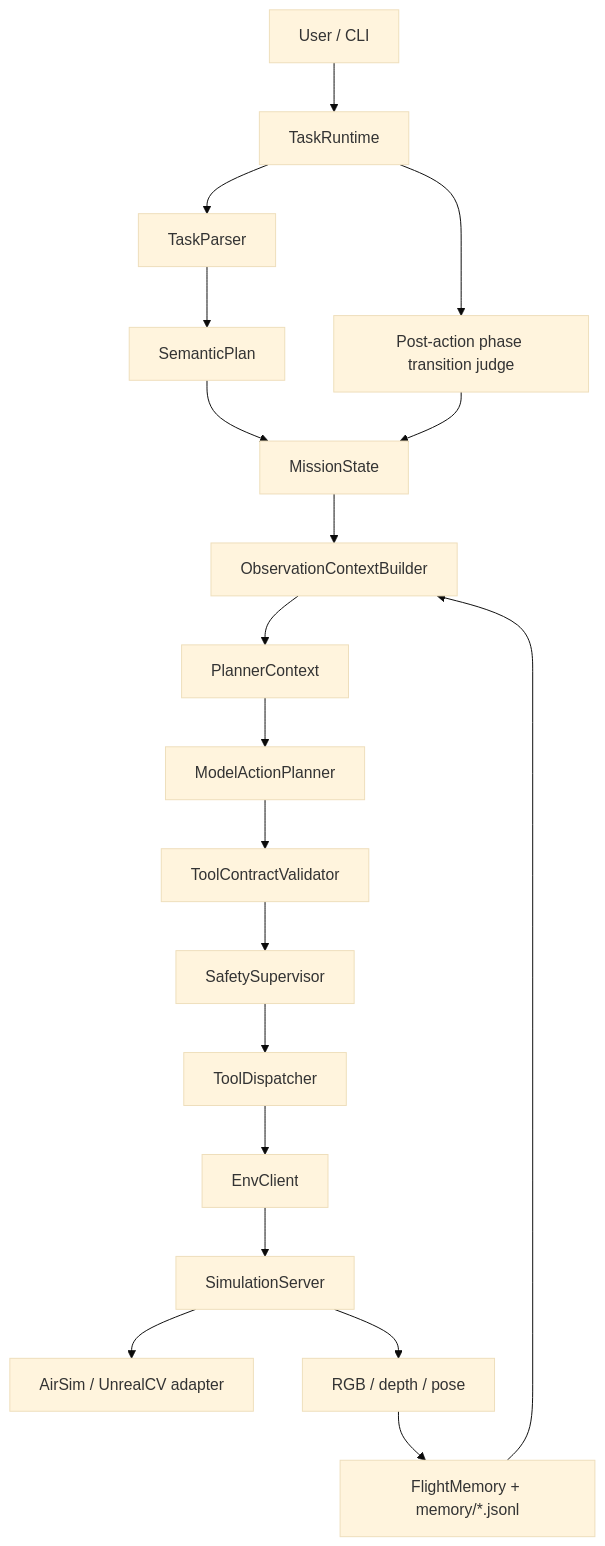
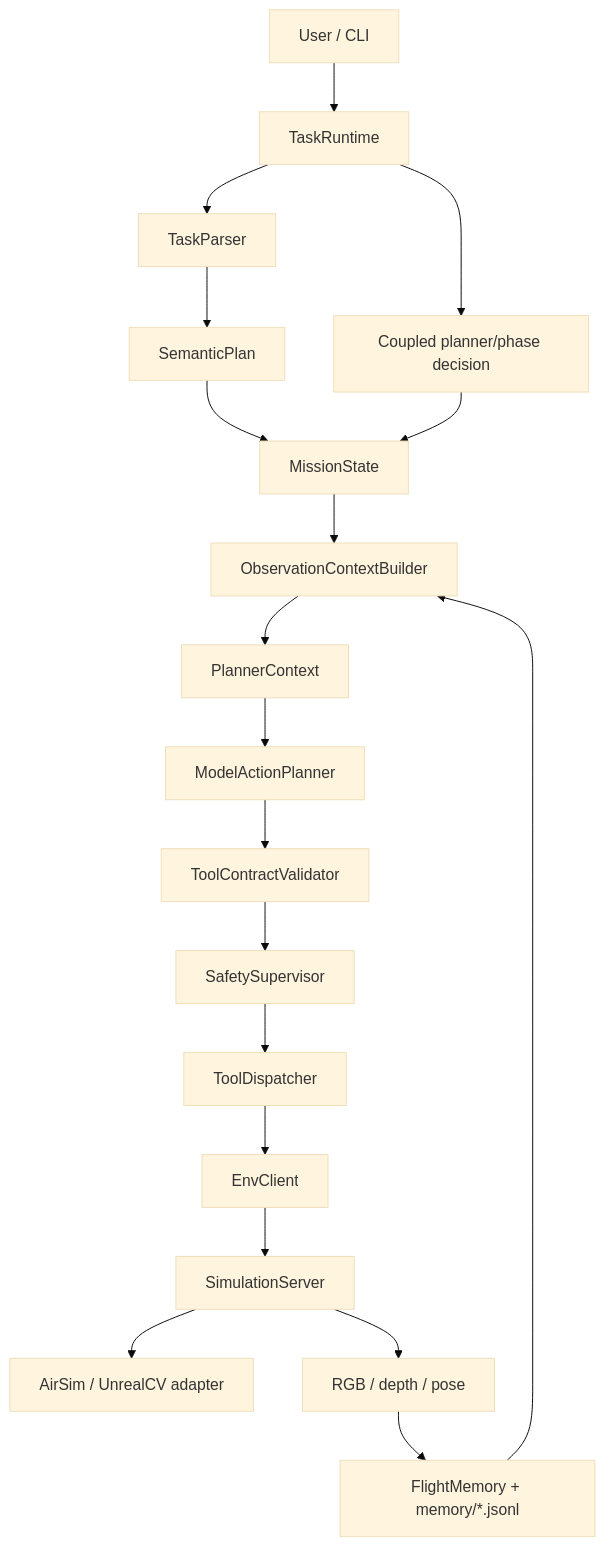
The first of 3 diagrams in docs/architecture.md (LZ6years/AeroPilot), drawn with Mermaid (base theme) before and after one commit. The commit also changed other lines of this file and 85 other files, not shown here.

````diff
--- a/docs/architecture.md
+++ b/docs/architecture.md
@@ -9,21 +9,21 @@
 ```mermaid
 flowchart TD
     U["User / CLI"] --> RT["TaskRuntime"]
     RT --> TP["TaskParser"]
     TP --> SP["SemanticPlan"]
     SP --> MS["MissionState"]
     MS --> CB["ObservationContextBuilder"]
     CB --> PC["PlannerContext"]
     PC --> MAP["ModelActionPlanner"]
     MAP --> TCV["ToolContractValidator"]
     TCV --> SS["SafetySupervisor"]
     SS --> TD["ToolDispatcher"]
     TD --> EC["EnvClient"]
     EC --> SIM["SimulationServer"]
     SIM --> SDK["AirSim / UnrealCV adapter"]
     SIM --> OBS["RGB / depth / pose"]
     OBS --> MEM["FlightMemory + memory/*.jsonl"]
     MEM --> CB
-    RT --> PTJ["Post-action phase transition judge"]
+    RT --> PTJ["Coupled planner/phase decision"]
     PTJ --> MS
 ```
````
